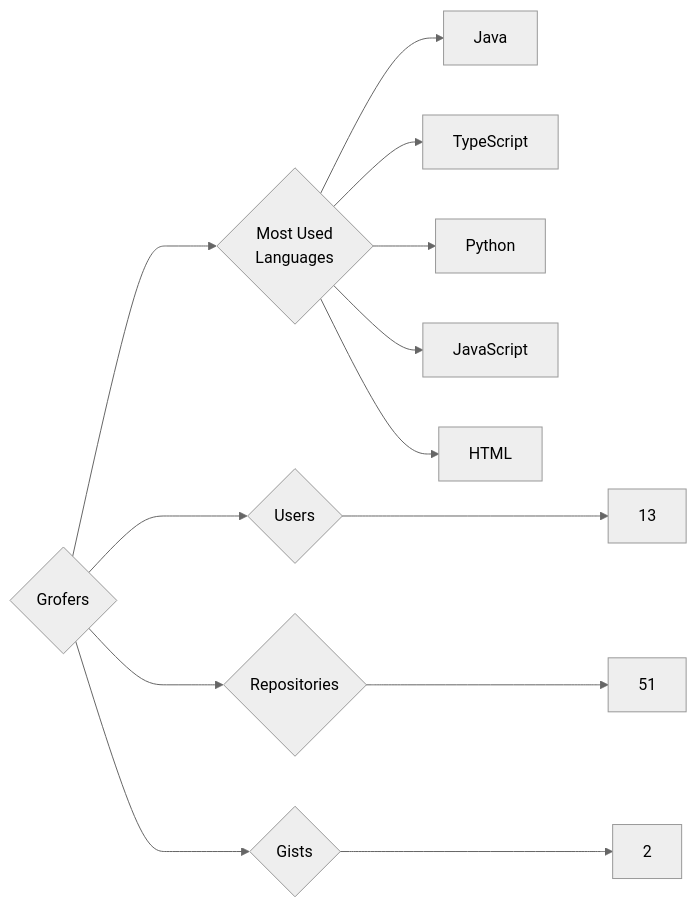
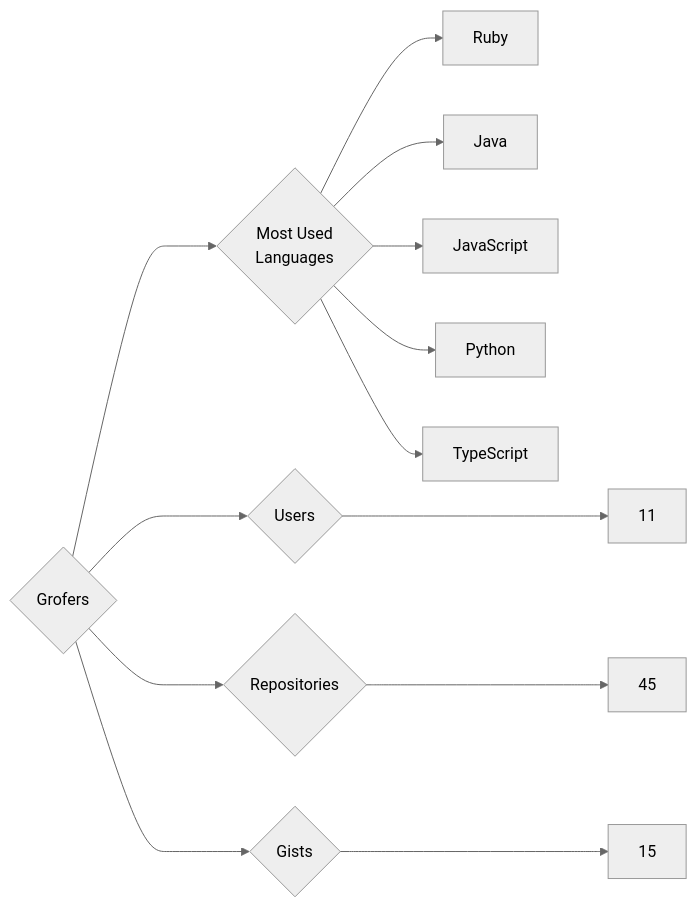
The diagram in targets/Grofers/README.md (trickest/insiders), drawn with Mermaid (neutral theme) before and after one commit. The commit also changed 1003 other files, not shown here.

````diff
--- a/targets/Grofers/README.md
+++ b/targets/Grofers/README.md
@@ -3,13 +3,13 @@
 ```mermaid
 graph LR
 COMPANY_NAME{Grofers}
-COMPANY_NAME ---> U{Users} ---> UN[13]
-COMPANY_NAME ---> R{Repositories} ---> RN[51]
-COMPANY_NAME ---> G{Gists} ---> GN[2]
+COMPANY_NAME ---> U{Users} ---> UN[11]
+COMPANY_NAME ---> R{Repositories} ---> RN[45]
+COMPANY_NAME ---> G{Gists} ---> GN[15]
 COMPANY_NAME ---> ML{Most Used<br>Languages}
+ML --> Ruby[Ruby]
 ML --> Java[Java]
+ML --> JavaScript[JavaScript]
+ML --> Python[Python]
 ML --> TypeScript[TypeScript]
-ML --> Python[Python]
-ML --> JavaScript[JavaScript]
-ML --> HTML[HTML]
 ```
````
